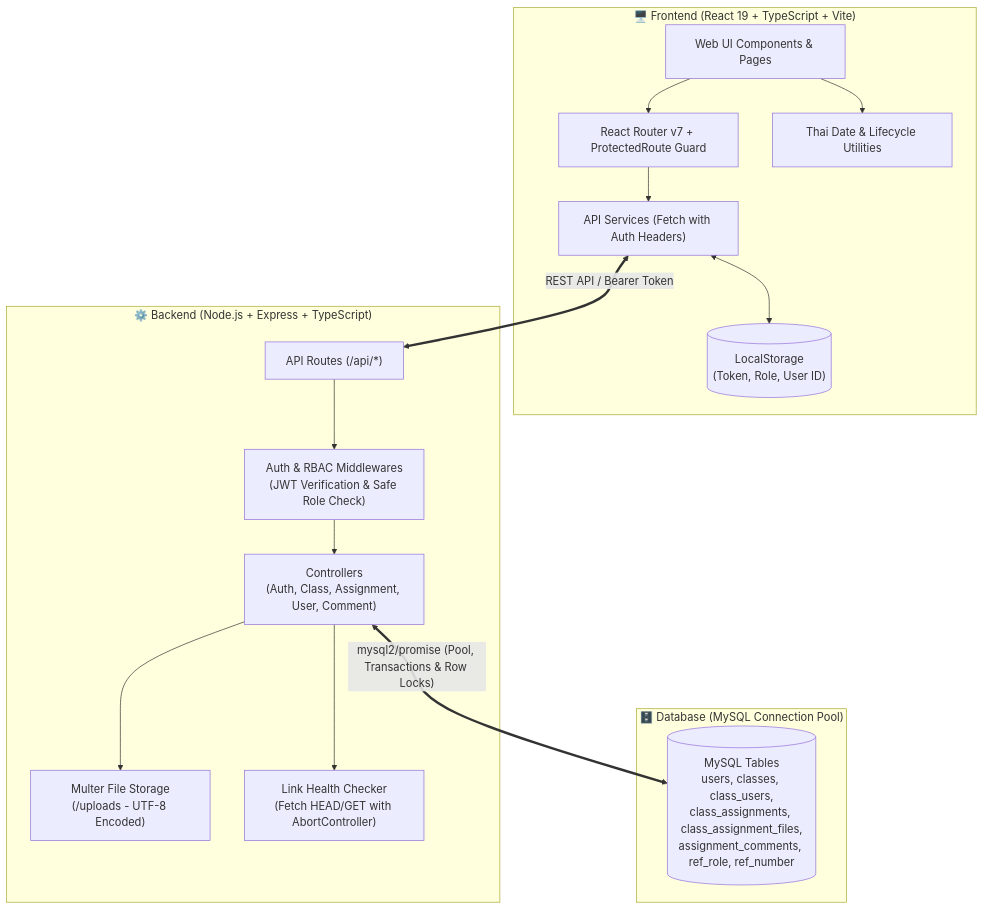
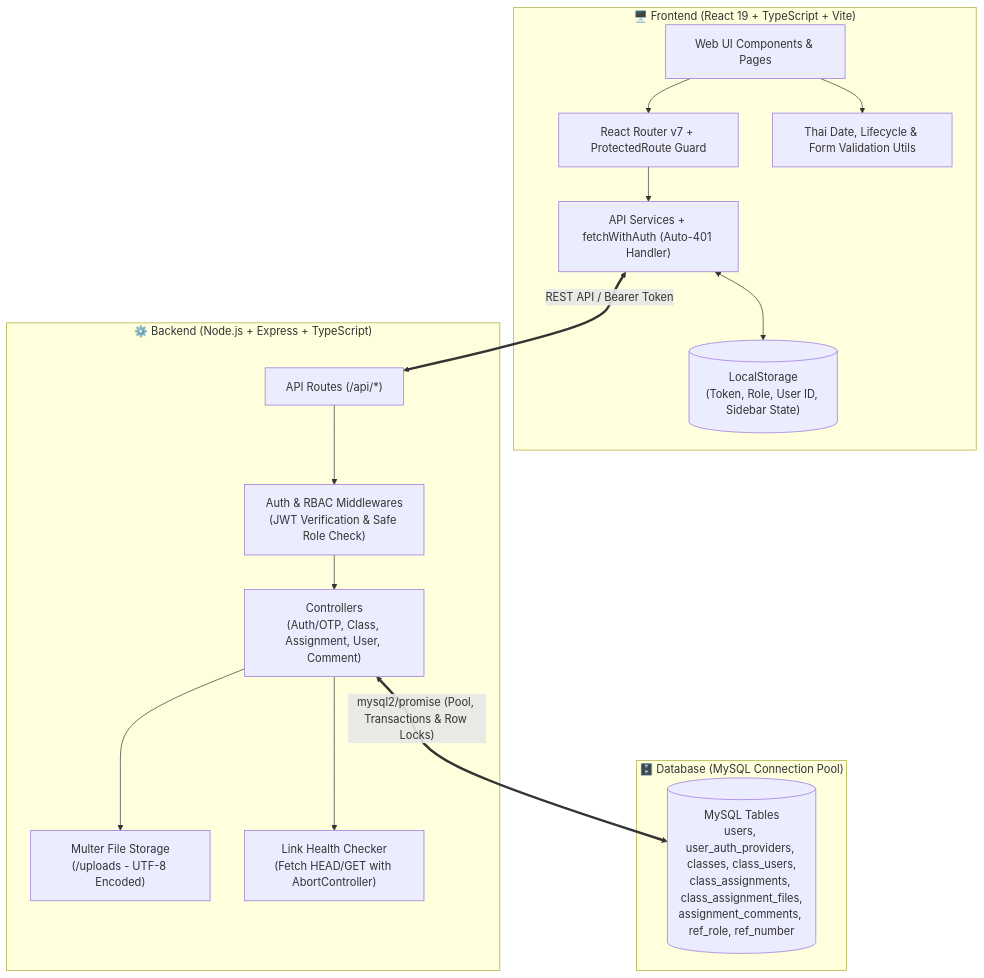
The diagram in README.md (Teeraphat120945/PJ-Hub), drawn with Mermaid before and after one commit. The commit also changed other lines of this file and 9 other files, not shown here.

````diff
--- a/README.md
+++ b/README.md
@@ -120,35 +126,35 @@
 ```mermaid
 flowchart TD
     subgraph Client ["🖥️ Frontend (React 19 + TypeScript + Vite)"]
         UI["Web UI Components & Pages"]
         Router["React Router v7 + ProtectedRoute Guard"]
-        Service["API Services (Fetch with Auth Headers)"]
-        DateUtils["Thai Date & Lifecycle Utilities"]
-        Storage[("LocalStorage\n(Token, Role, User ID)")]
+        Service["API Services + fetchWithAuth (Auto-401 Handler)"]
+        Utils["Thai Date, Lifecycle & Form Validation Utils"]
+        Storage[("LocalStorage\n(Token, Role, User ID, Sidebar State)")]
         
         UI --> Router
         Router --> Service
         Service <--> Storage
-        UI --> DateUtils
+        UI --> Utils
     end
 
     subgraph Server ["⚙️ Backend (Node.js + Express + TypeScript)"]
         APIRouter["API Routes (/api/*)"]
         AuthMiddleware["Auth & RBAC Middlewares\n(JWT Verification & Safe Role Check)"]
-        Controllers["Controllers\n(Auth, Class, Assignment, User, Comment)"]
+        Controllers["Controllers\n(Auth/OTP, Class, Assignment, User, Comment)"]
         MulterStorage["Multer File Storage\n(/uploads - UTF-8 Encoded)"]
         LinkChecker["Link Health Checker\n(Fetch HEAD/GET with AbortController)"]
         
         APIRouter --> AuthMiddleware
         AuthMiddleware --> Controllers
         Controllers --> MulterStorage
         Controllers --> LinkChecker
     end
 
     subgraph Database ["🗄️ Database (MySQL Connection Pool)"]
-        Tables[("MySQL Tables\nusers, classes, class_users,\nclass_assignments, class_assignment_files,\nassignment_comments, ref_role, ref_number")]
+        Tables[("MySQL Tables\nusers, user_auth_providers, classes, class_users,\nclass_assignments, class_assignment_files,\nassignment_comments, ref_role, ref_number")]
     end
 
     Service <== "REST API / Bearer Token" ==> APIRouter
     Controllers <== "mysql2/promise (Pool, Transactions & Row Locks)" ==> Tables
 ```
````
